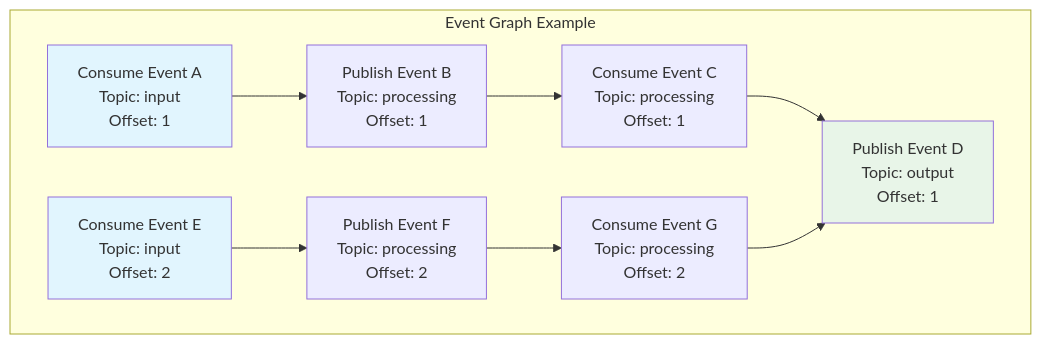
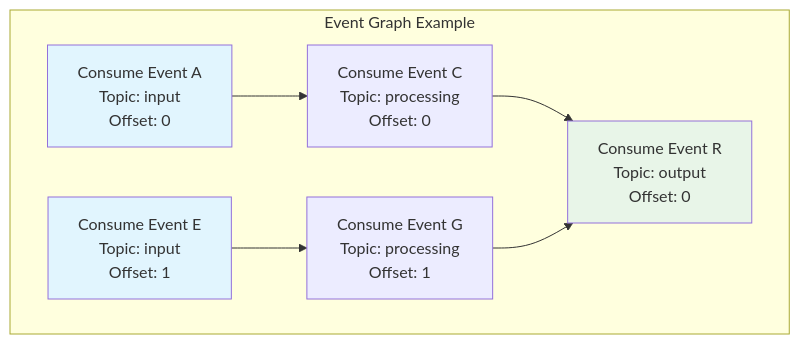
One commit to binome-dev/graphite changed the second of 5 diagrams in docs/docs/user-guide/events/event_graph.md. Above: the diagram before and after it, drawn with Mermaid. The commit also changed other lines of this file and 197 other files, not shown here.

````diff
--- a/docs/docs/user-guide/events/event_graph.md
+++ b/docs/docs/user-guide/events/event_graph.md
@@ -112,16 +109,13 @@
 ```mermaid
 graph TB
     subgraph "Event Graph Example"
-        A[Consume Event A<br/>Topic: input<br/>Offset: 1] --> B[Publish Event B<br/>Topic: processing<br/>Offset: 1]
-        B --> C[Consume Event C<br/>Topic: processing<br/>Offset: 1]
-        C --> D[Publish Event D<br/>Topic: output<br/>Offset: 1]
-
-        E[Consume Event E<br/>Topic: input<br/>Offset: 2] --> F[Publish Event F<br/>Topic: processing<br/>Offset: 2]
-        F --> G[Consume Event G<br/>Topic: processing<br/>Offset: 2]
-        G --> D
+        A[Consume Event A<br/>Topic: input<br/>Offset: 0] --> C[Consume Event C<br/>Topic: processing<br/>Offset: 0]
+        E[Consume Event E<br/>Topic: input<br/>Offset: 1] --> G[Consume Event G<br/>Topic: processing<br/>Offset: 1]
+        C --> R[Consume Event R<br/>Topic: output<br/>Offset: 0]
+        G --> R
     end
 
     style A fill:#e1f5fe
     style E fill:#e1f5fe
-    style D fill:#e8f5e8
+    style R fill:#e8f5e8
 ```
````
